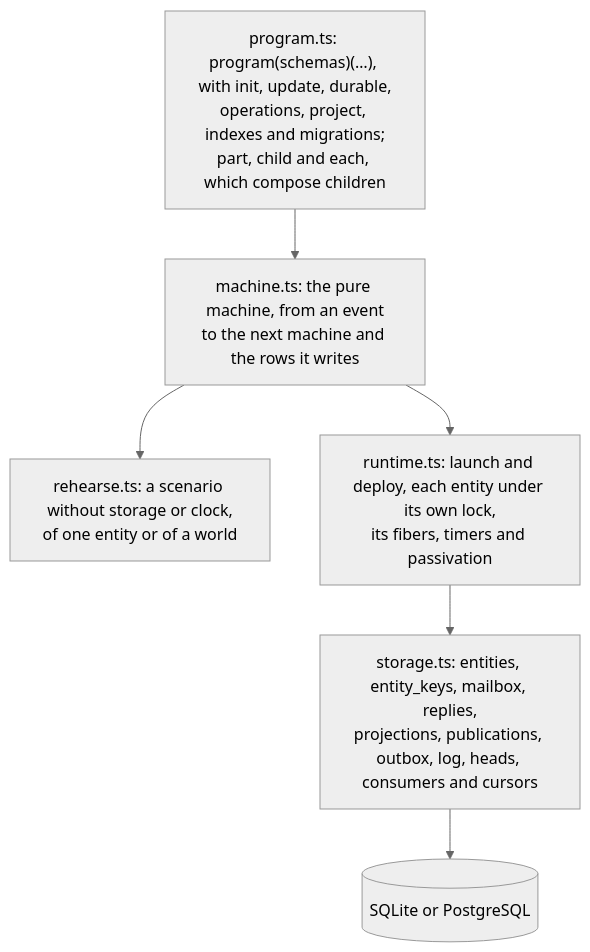
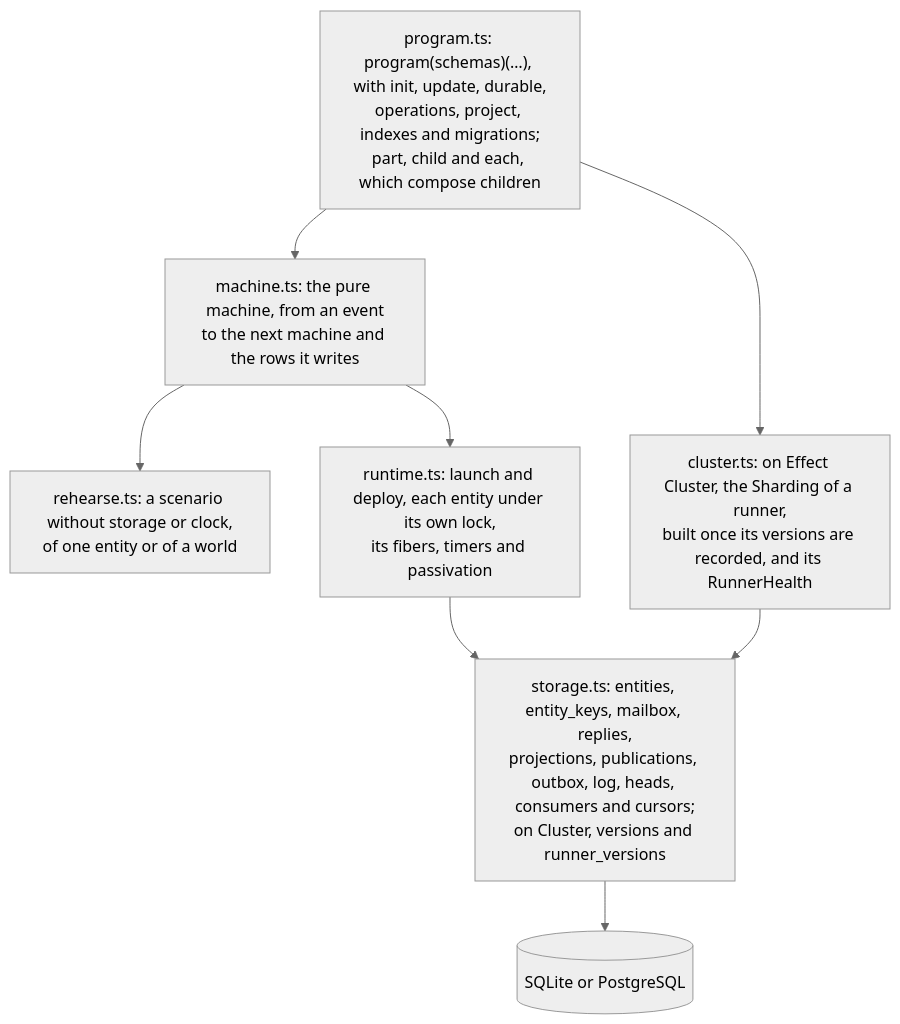
The second of 2 diagrams in README.md (fgaudo/effect-tea-durable), drawn with Mermaid (neutral theme) before and after one commit. The commit also changed 5 other files, not shown here.

First line of the commit message:
cluster: build a runner's Sharding once its versions are recorded

````diff
--- a/README.md
+++ b/README.md
@@ -88,15 +88,18 @@
 ```mermaid
 flowchart TB
   program["program.ts: program(schemas)(…), with init, update, durable,<br/>operations, project, indexes and migrations;<br/>part, child and each, which compose children"]
   machine["machine.ts: the pure machine, from an event<br/>to the next machine and the rows it writes"]
   rehearse["rehearse.ts: a scenario without storage or clock,<br/>of one entity or of a world"]
   runtime["runtime.ts: launch and deploy, each entity under its own lock,<br/>its fibers, timers and passivation"]
-  storage["storage.ts: entities, entity_keys, mailbox, replies,<br/>projections, publications, outbox, log, heads, consumers and cursors"]
+  cluster["cluster.ts: on Effect Cluster, the Sharding of a runner,<br/>built once its versions are recorded, and its RunnerHealth"]
+  storage["storage.ts: entities, entity_keys, mailbox, replies,<br/>projections, publications, outbox, log, heads, consumers and cursors;<br/>on Cluster, versions and runner_versions"]
   db[(SQLite or PostgreSQL)]
 
   program --> machine
   machine --> rehearse
   machine --> runtime
+  program --> cluster
   runtime --> storage
+  cluster --> storage
   storage --> db
 ```
````
